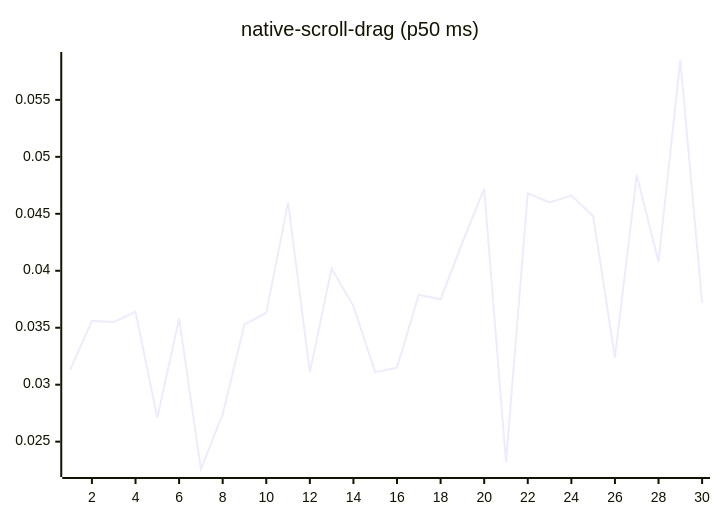
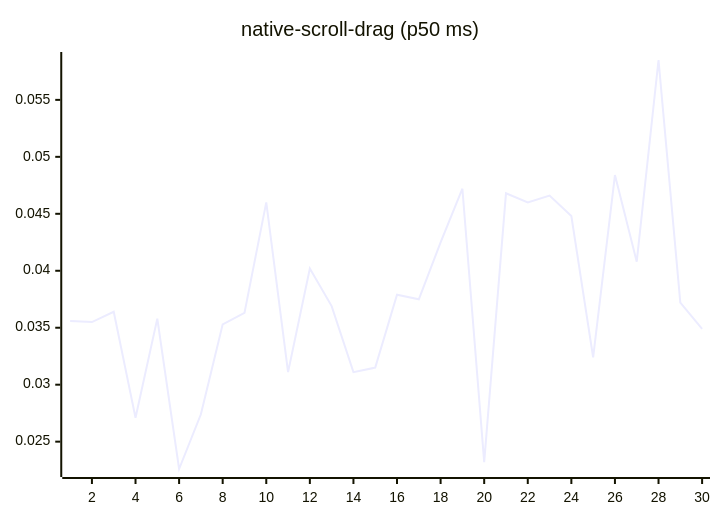
One commit to josha/Facet changed diagram 14 of 27 in README.md. Above: the diagram before and after it, drawn with Mermaid. The commit also changed other lines of this file and 2 other files, not shown here.

````diff
--- a/README.md
+++ b/README.md
@@ -154,6 +154,6 @@
 ```mermaid
 xychart-beta
     title "native-scroll-drag (p50 ms)"
     x-axis 1 --> 30
-    line [0.0313, 0.0356, 0.0355, 0.0364, 0.0271, 0.0358, 0.0226, 0.0274, 0.0353, 0.0363, 0.0460, 0.0311, 0.0402, 0.0369, 0.0311, 0.0315, 0.0379, 0.0375, 0.0425, 0.0472, 0.0232, 0.0468, 0.0460, 0.0466, 0.0448, 0.0324, 0.0484, 0.0408, 0.0585, 0.0372]
+    line [0.0356, 0.0355, 0.0364, 0.0271, 0.0358, 0.0226, 0.0274, 0.0353, 0.0363, 0.0460, 0.0311, 0.0402, 0.0369, 0.0311, 0.0315, 0.0379, 0.0375, 0.0425, 0.0472, 0.0232, 0.0468, 0.0460, 0.0466, 0.0448, 0.0324, 0.0484, 0.0408, 0.0585, 0.0372, 0.0349]
 ```
````
